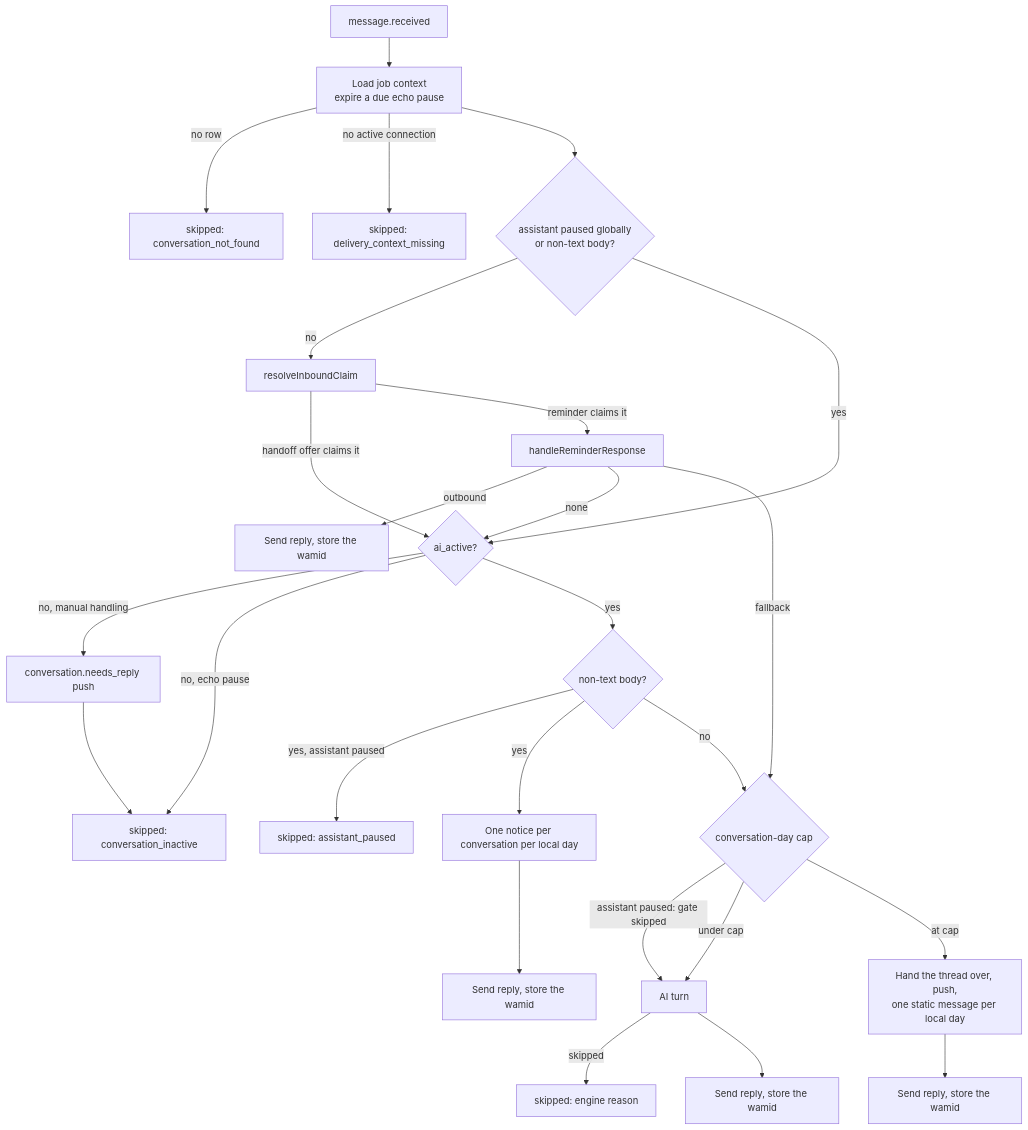
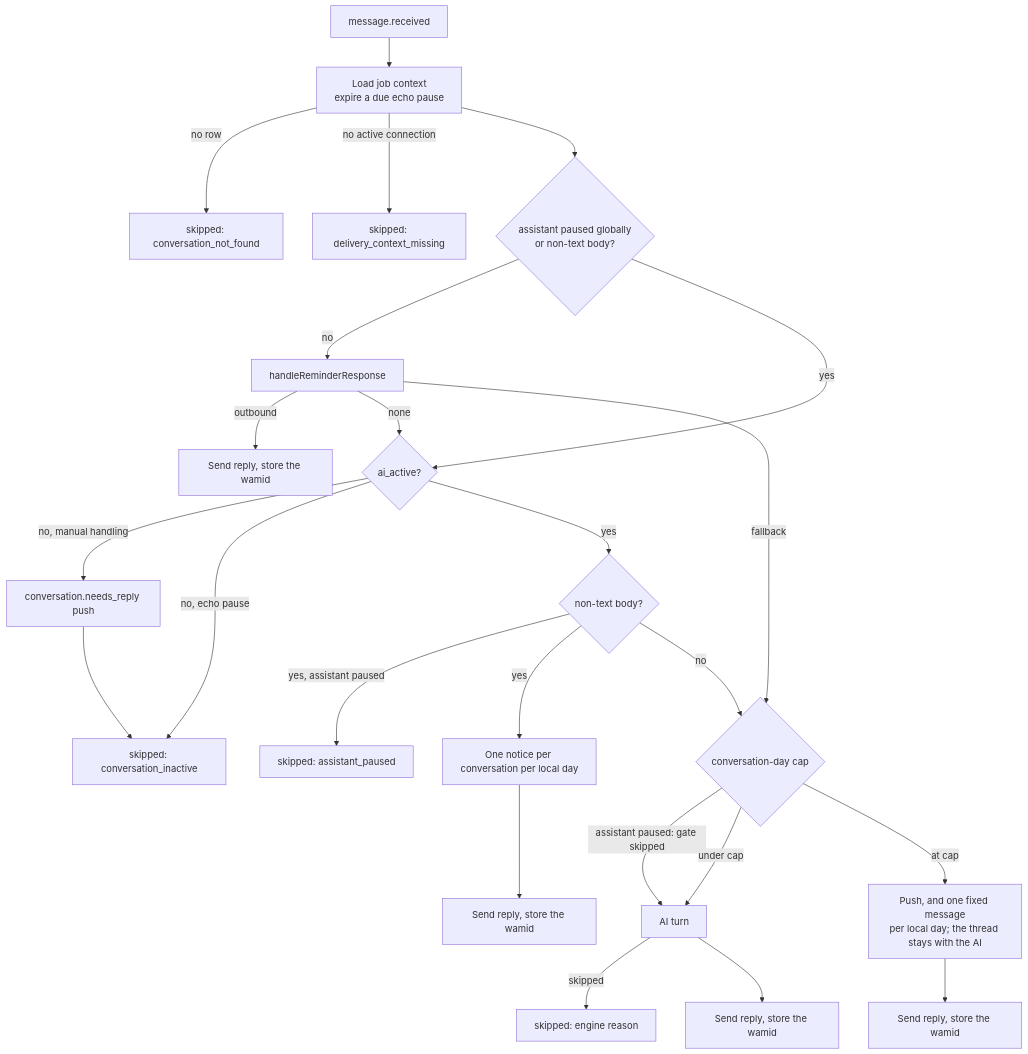
One commit to dingu-org/medium changed the diagram in docs/features/assistant-conversation-engine.md. Above: the diagram before and after it, drawn with Mermaid. The commit also changed other lines of this file and 26 other files, not shown here.

````diff
--- a/docs/features/assistant-conversation-engine.md
+++ b/docs/features/assistant-conversation-engine.md
@@ -9,28 +9,26 @@
 ```mermaid
 flowchart TD
     IN["message.received"] --> LOAD["Load job context<br/>expire a due echo pause"]
     LOAD -->|no row| S1["skipped: conversation_not_found"]
     LOAD -->|no active connection| S2["skipped: delivery_context_missing"]
     LOAD --> GATE{"assistant paused globally<br/>or non-text body?"}
-    GATE -->|no| CLAIM["resolveInboundClaim"]
+    GATE -->|no| REM["handleReminderResponse"]
     GATE -->|yes| ACTIVE{"ai_active?"}
-    CLAIM -->|handoff offer claims it| ACTIVE
-    CLAIM -->|reminder claims it| REM["handleReminderResponse"]
     REM -->|outbound| SEND1["Send reply, store the wamid"]
     REM -->|none| ACTIVE
     REM -->|fallback| CAP{"conversation-day cap"}
     ACTIVE -->|"no, manual handling"| PUSH["conversation.needs_reply push"]
     PUSH --> S3["skipped: conversation_inactive"]
     ACTIVE -->|"no, echo pause"| S3
     ACTIVE -->|yes| NT{"non-text body?"}
     NT -->|"yes, assistant paused"| S4["skipped: assistant_paused"]
     NT -->|yes| NOTICE["One notice per conversation per local day"]
     NOTICE --> SEND2["Send reply, store the wamid"]
     NT -->|no| CAP
     CAP -->|"assistant paused: gate skipped"| TURN["AI turn"]
     CAP -->|under cap| TURN
-    CAP -->|at cap| CAPH["Hand the thread over, push,<br/>one static message per local day"]
+    CAP -->|at cap| CAPH["Push, and one fixed message<br/>per local day; the thread stays with the AI"]
     CAPH --> SEND3["Send reply, store the wamid"]
     TURN -->|skipped| S5["skipped: engine reason"]
     TURN --> SEND4["Send reply, store the wamid"]
 ```
````
